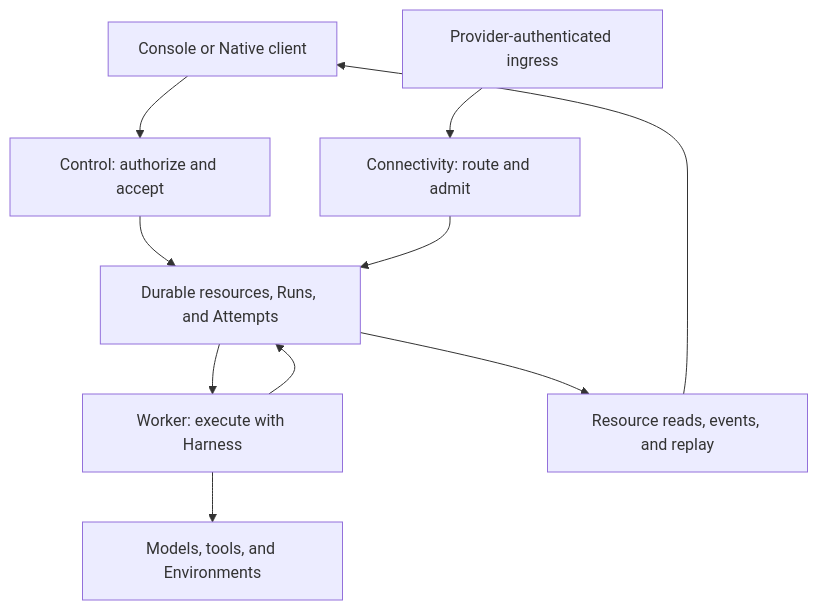
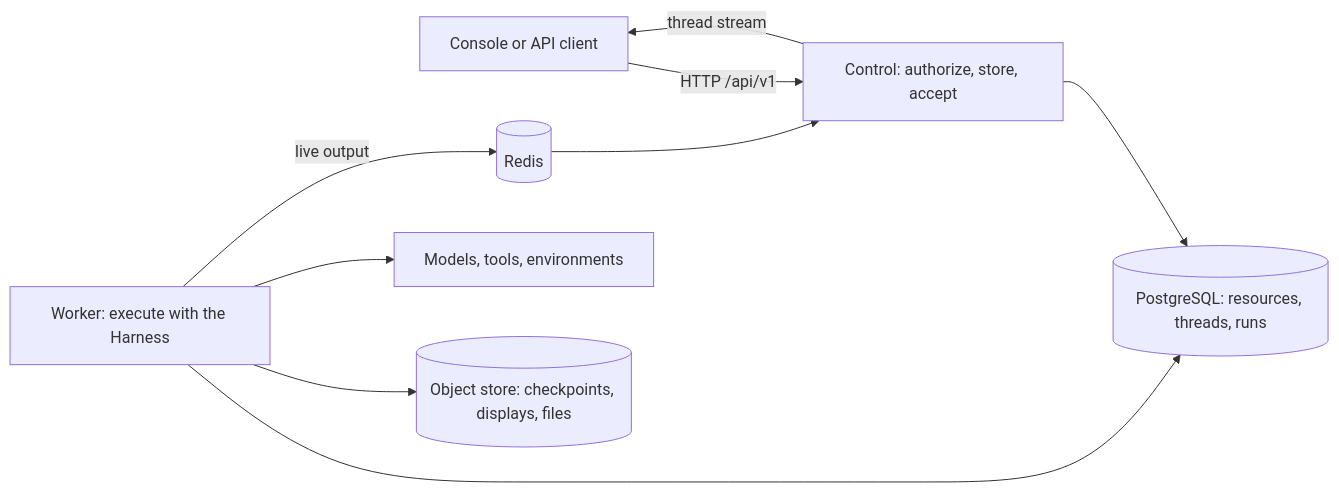
Before and after one commit to LTThreeComma/agent-foundation: the diagram in docs/a13n-service/index.md, drawn with Mermaid. The commit also changed other lines of this file and 2507 other files, not shown here.

````diff
--- a/docs/a13n-service/index.md
+++ b/docs/a13n-service/index.md
@@ -34,12 +28,11 @@
 ```mermaid
-flowchart TB
-    Client["Console or Native client"] --> Control["Control: authorize and accept"]
-    Control --> State["Durable resources, Runs, and Attempts"]
-    State --> Worker["Worker: execute with Harness"]
-    Worker --> Provider["Models, tools, and Environments"]
-    Worker --> State
-    State --> Observation["Resource reads, events, and replay"]
-    Observation --> Client
-    Ingress["Provider-authenticated ingress"] --> Connectivity["Connectivity: route and admit"]
-    Connectivity --> State
+flowchart LR
+    Client["Console or API client"] -->|"HTTP /api/v1"| Control["Control: authorize, store, accept"]
+    Control --> Postgres[("PostgreSQL: resources, threads, runs")]
+    Worker["Worker: execute with the Harness"] --> Postgres
+    Worker --> Objects[("Object store: checkpoints, displays, files")]
+    Worker --> External["Models, tools, environments"]
+    Worker -->|"live output"| Redis[("Redis")]
+    Redis --> Control
+    Control -->|"thread stream"| Client
 ```
````
